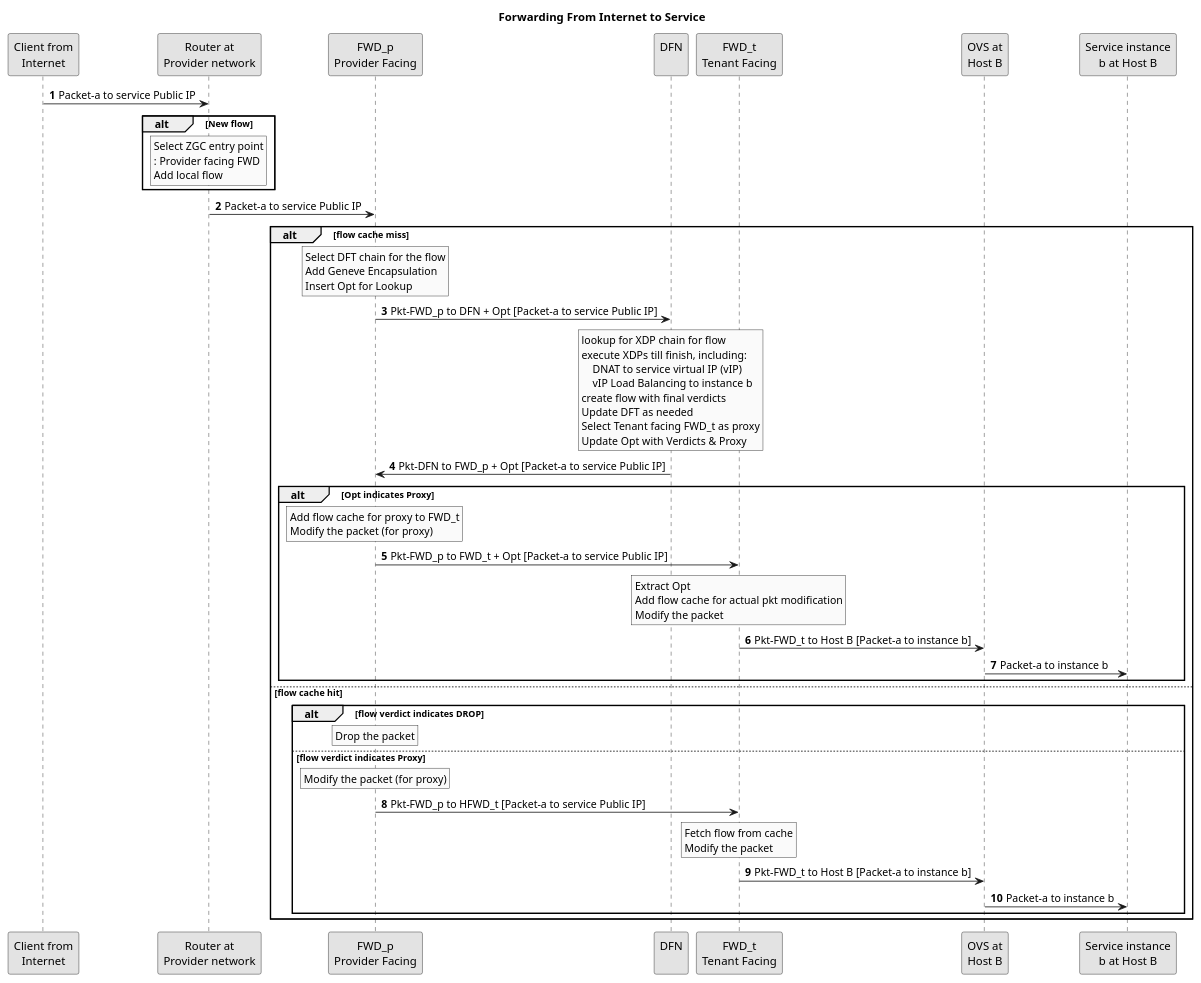
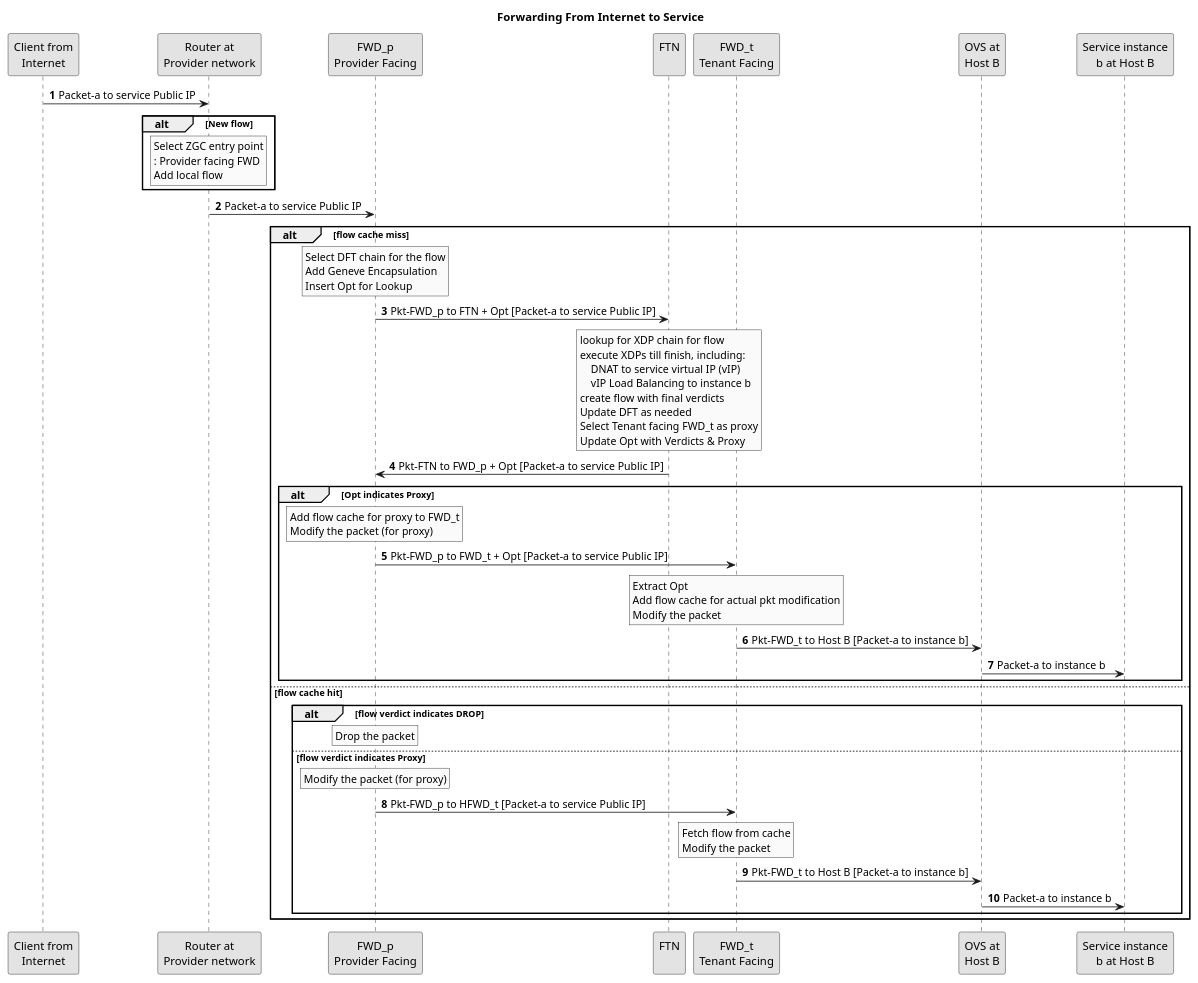
One commit to CentaurusInfra/mizar changed the diagram in docs/design/puml/zeta_packet_farwarding_normal_internet_to_service.puml. Above: the diagram before and after it, drawn with PlantUML. The commit also changed 13 other files, not shown here.

Commit message:
Zeta SDD: change DFN to FTN to be consistent

```diff
--- a/docs/design/puml/zeta_packet_farwarding_normal_internet_to_service.puml
+++ b/docs/design/puml/zeta_packet_farwarding_normal_internet_to_service.puml
@@ -1,95 +1,95 @@
 @startuml
 
 ' SPDX-License-Identifier: MIT
 ' Copyright (c) 2020 The Authors.
 
 ' Authors: Bin Liang
 
 ' Permission is hereby granted, free of charge, to any person obtaining a copy
 ' of this software and associated documentation files (the "Software"), to deal
 ' in the Software without restriction, including without limitation the rights
 ' to use, copy, modify, merge, publish, distribute, sublicense, and/or sell
 ' copies of the Software, and to permit persons to whom the Software is
 ' furnished to do so, subject to the following conditions:The above copyright
 ' notice and this permission notice shall be included in all copies or
 ' substantial portions of the Software.THE SOFTWARE IS PROVIDED "AS IS",
 ' WITHOUT WARRANTY OF ANY KIND, EXPRESS OR IMPLIED, INCLUDING BUT NOT LIMITED
 ' TO THE WARRANTIES OF MERCHANTABILITY, FITNESS FOR A PARTICULAR PURPOSE AND
 ' NONINFRINGEMENT. IN NO EVENT SHALL THE AUTHORS OR COPYRIGHT HOLDERS BE LIABLE
 ' FOR ANY CLAIM, DAMAGES OR OTHER LIABILITY, WHETHER IN AN ACTION OF CONTRACT,
 ' TORT OR OTHERWISE, ARISING FROM, OUT OF OR IN CONNECTION WITH THE SOFTWARE OR
 ' THE USE OR OTHER DEALINGS IN THE SOFTWARE.
 
 title Forwarding From Internet to Service
 skinparam monochrome true
 autonumber
 
 participant "Client from\nInternet" as a
 participant "Router at\nProvider network" as oa
 participant "FWD_p\nProvider Facing" as FWD_p
-participant "DFN\n" as DFN
+participant "FTN\n" as FTN
 participant "FWD_t\nTenant Facing" as FWD_t
 participant "OVS at\nHost B" as ob
 participant "Service instance\nb at Host B" as b
 
 a -> oa: Packet-a to service Public IP
 alt New flow
     rnote over oa
         Select ZGC entry point
         : Provider facing FWD
         Add local flow
     endrnote
 end
 oa -> FWD_p: Packet-a to service Public IP
 alt flow cache miss
     rnote over FWD_p
         Select DFT chain for the flow
         Add Geneve Encapsulation
         Insert Opt for Lookup
     endrnote
-    FWD_p -> DFN: Pkt-FWD_p to DFN + Opt [Packet-a to service Public IP]
-    rnote over DFN
+    FWD_p -> FTN: Pkt-FWD_p to FTN + Opt [Packet-a to service Public IP]
+    rnote over FTN
         lookup for XDP chain for flow
         execute XDPs till finish, including:
             DNAT to service virtual IP (vIP)
             vIP Load Balancing to instance b
         create flow with final verdicts
         Update DFT as needed
         Select Tenant facing FWD_t as proxy
         Update Opt with Verdicts & Proxy 
     endrnote
-    DFN -> FWD_p: Pkt-DFN to FWD_p + Opt [Packet-a to service Public IP]
+    FTN -> FWD_p: Pkt-FTN to FWD_p + Opt [Packet-a to service Public IP]
     alt Opt indicates Proxy
         rnote over FWD_p
             Add flow cache for proxy to FWD_t
             Modify the packet (for proxy)
         endrnote
         FWD_p -> FWD_t: Pkt-FWD_p to FWD_t + Opt [Packet-a to service Public IP]
         rnote over FWD_t
             Extract Opt
             Add flow cache for actual pkt modification
             Modify the packet
         endrnote
         FWD_t -> ob: Pkt-FWD_t to Host B [Packet-a to instance b]
         ob -> b: Packet-a to instance b
     end
 else flow cache hit
     alt flow verdict indicates DROP
         rnote over FWD_p 
             Drop the packet
         endrnote
     else flow verdict indicates Proxy
         rnote over FWD_p
             Modify the packet (for proxy)
         endrnote
         FWD_p -> FWD_t: Pkt-FWD_p to HFWD_t [Packet-a to service Public IP]
         rnote over FWD_t
             Fetch flow from cache
             Modify the packet
         endrnote
         FWD_t -> ob: Pkt-FWD_t to Host B [Packet-a to instance b]
         ob -> b: Packet-a to instance b
     end
 end
 
 @enduml
```
